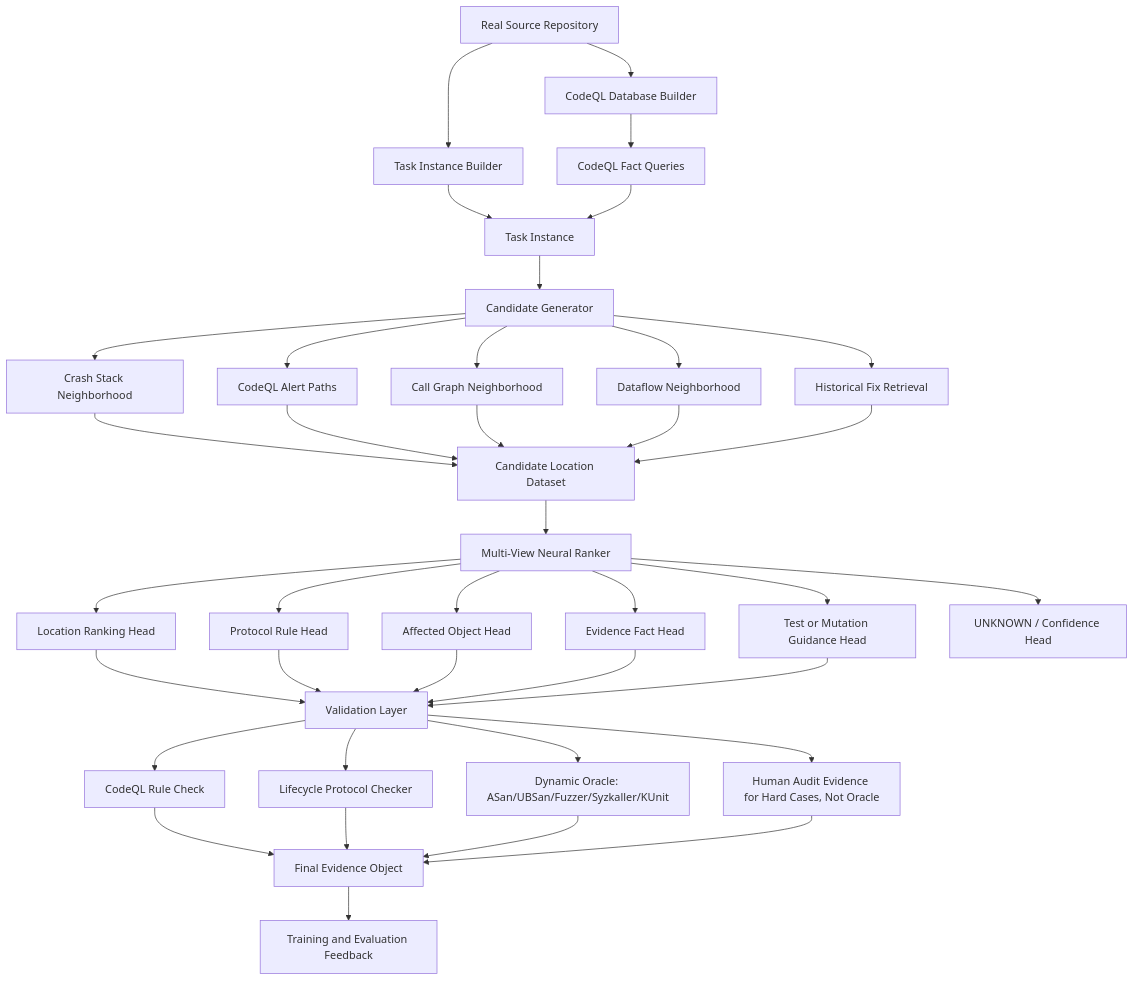
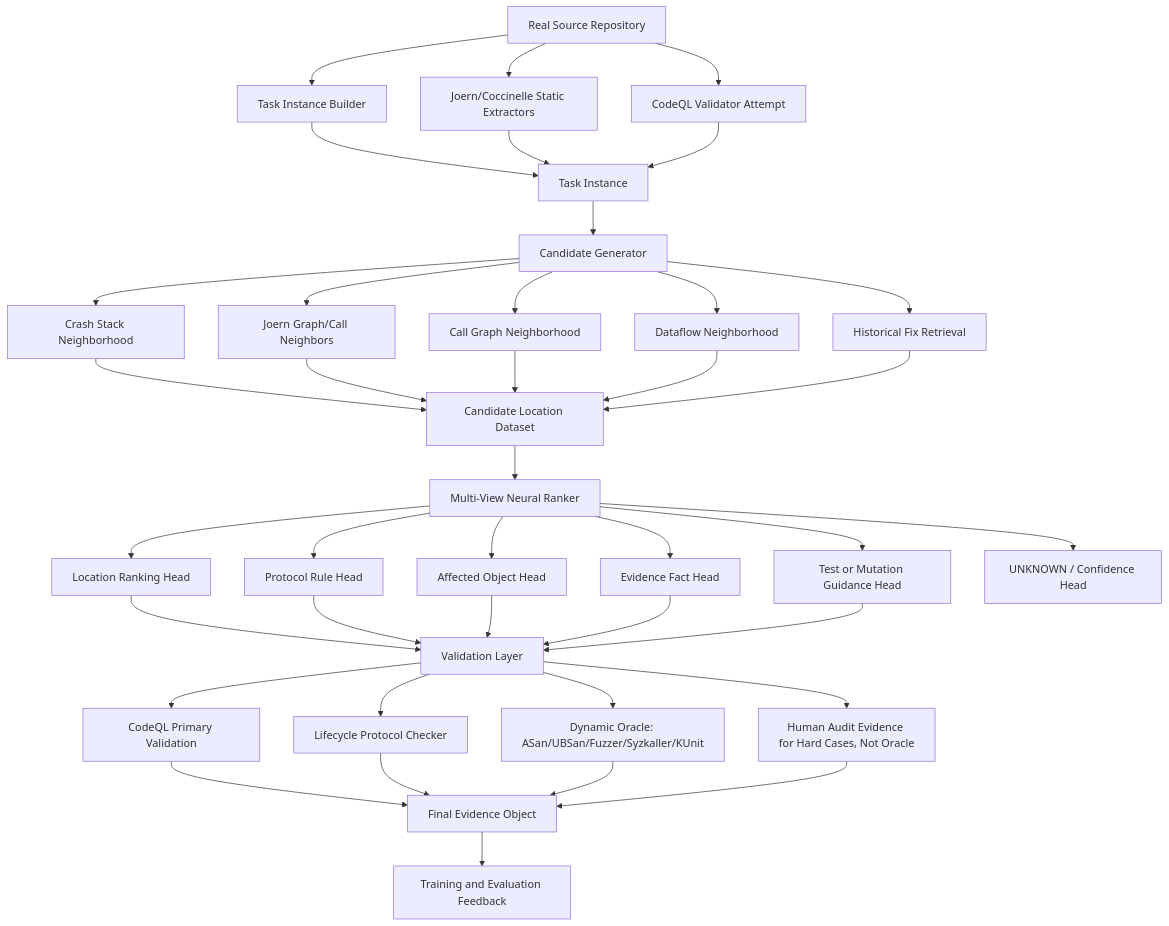
One commit to iptracej-education/VulnSignal changed the diagram in docs/project/VULNSIGNAL_ARCHITECTURE.md. Above: the diagram before and after it, drawn with Mermaid. The commit also changed other lines of this file and 14 other files, not shown here.

Commit message:
Clarify CodeQL as primary validation lane

````diff
--- a/docs/project/VULNSIGNAL_ARCHITECTURE.md
+++ b/docs/project/VULNSIGNAL_ARCHITECTURE.md
@@ -13,48 +13,49 @@
 ```mermaid
 flowchart TD
     A[Real Source Repository] --> B[Task Instance Builder]
-    A --> C[CodeQL Database Builder]
-    C --> D[CodeQL Fact Queries]
+    A --> C[Joern/Coccinelle Static Extractors]
+    A --> D[CodeQL Validator Attempt]
 
     B --> E[Task Instance]
+    C --> E
     D --> E
 
     E --> F[Candidate Generator]
     F --> F1[Crash Stack Neighborhood]
-    F --> F2[CodeQL Alert Paths]
+    F --> F2[Joern Graph/Call Neighbors]
     F --> F3[Call Graph Neighborhood]
     F --> F4[Dataflow Neighborhood]
     F --> F5[Historical Fix Retrieval]
 
     F1 --> G[Candidate Location Dataset]
     F2 --> G
     F3 --> G
     F4 --> G
     F5 --> G
 
     G --> H[Multi-View Neural Ranker]
     H --> H1[Location Ranking Head]
     H --> H2[Protocol Rule Head]
     H --> H3[Affected Object Head]
     H --> H4[Evidence Fact Head]
     H --> H5[Test or Mutation Guidance Head]
     H --> H6[UNKNOWN / Confidence Head]
 
     H1 --> I[Validation Layer]
     H2 --> I
     H3 --> I
     H4 --> I
     H5 --> I
 
-    I --> I1[CodeQL Rule Check]
+    I --> I1[CodeQL Primary Validation]
     I --> I2[Lifecycle Protocol Checker]
     I --> I3[Dynamic Oracle: ASan/UBSan/Fuzzer/Syzkaller/KUnit]
     I --> I4[Human Audit Evidence for Hard Cases, Not Oracle]
 
     I1 --> J[Final Evidence Object]
     I2 --> J
     I3 --> J
     I4 --> J
 
     J --> K[Training and Evaluation Feedback]
 ```
````
